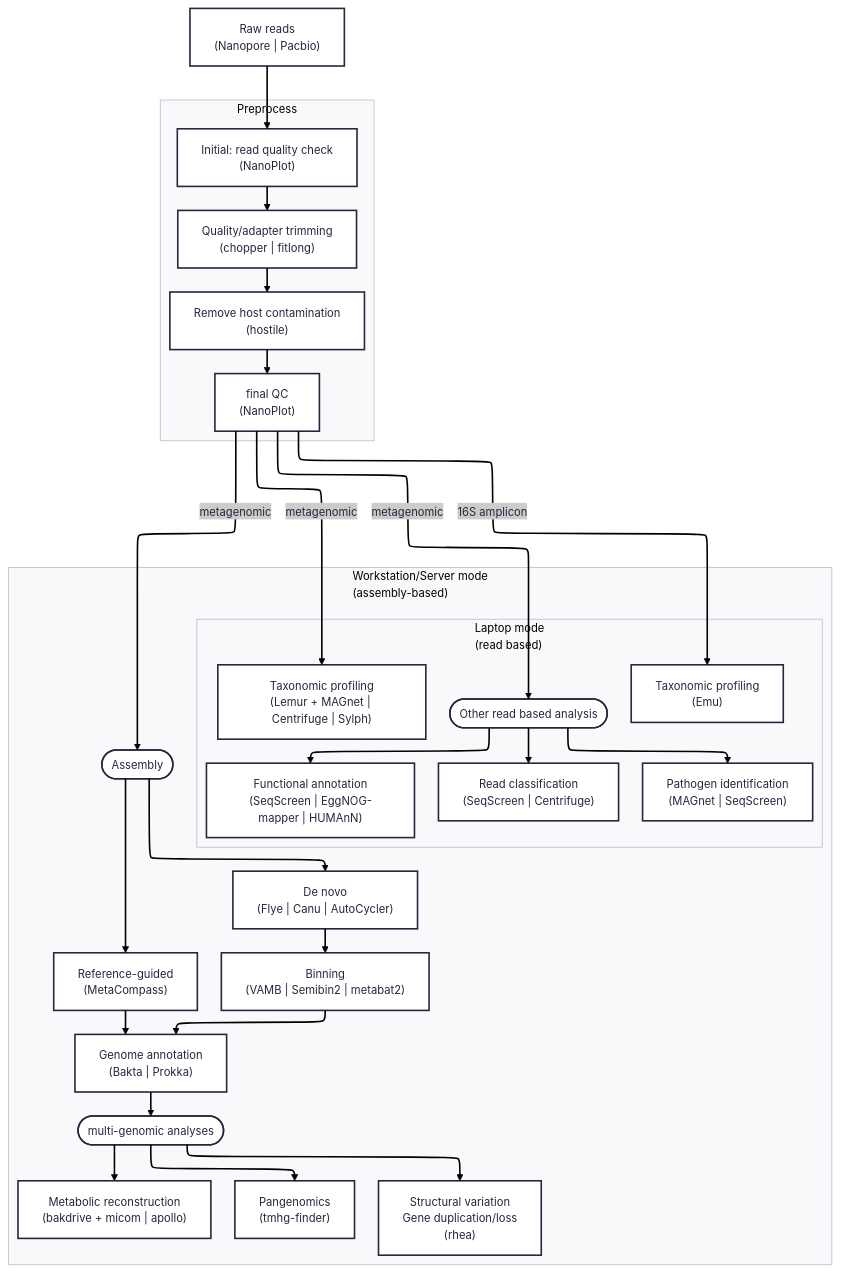
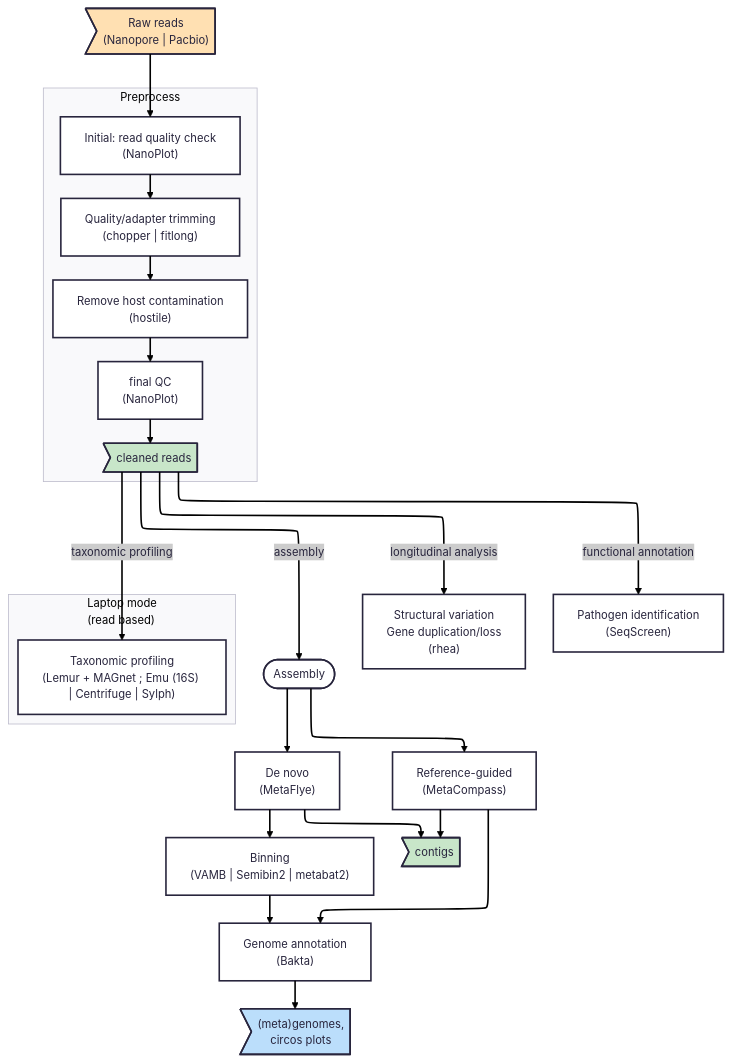
One commit to treangenlab/somatem-docs changed the diagram in flowchart.mmd. Above: the diagram before and after it, drawn with Mermaid. The commit also changed 1 other file, not shown here.

Commit message:
pared down the flowchart into 4 branches: asm, tax-prof, pathogen, longitudinal

```diff
--- a/flowchart.mmd
+++ b/flowchart.mmd
@@ -1,71 +1,80 @@
 ---
 config:
   theme: redux
   look: classic
   layout: elk
 ---
 flowchart TD
 
- rawreads["Raw reads<br>(Nanopore | Pacbio)"] --> initqc
+ rawreads>"Raw reads<br>(Nanopore | Pacbio)"] --> initqc
 
 
  subgraph Preprocess
      direction LR
      initqc["Initial: read quality check<br>(NanoPlot)"]
      trimming["Quality/adapter trimming<br>(chopper | fitlong)"]  
      dehost["Remove host contamination<br>(hostile)"]
      finalqc["final QC<br>(NanoPlot)"]
-     initqc --> trimming --> dehost --> finalqc
+     
+     reads>"cleaned reads"]
+     initqc --> trimming --> dehost --> finalqc --> reads
  end
 
- subgraph Workstation_Mode["Workstation/Server mode<br>(assembly-based)"]
-     assembly(["Assembly"])
-     denovo["De novo<br>(Flye | Canu | AutoCycler)"] --> binning
-     refguided["Reference-guided<br>(MetaCompass)"]
-     binning["Binning<br>(VAMB | Semibin2 | metabat2)"]
-     annotation["Genome annotation<br>(Bakta | Prokka)"]
-     
-     othergenomic(["multi-genomic analyses"])
-     pangenomics["Pangenomics<br>(tmhg-finder)"]
-     genesnp["Structural variation<br> Gene duplication/loss<br>(rhea)"]
-     metabolic["Metabolic reconstruction<br>(bakdrive + micom | apollo)"]
-     
-     assembly --> denovo & refguided
-     binning & refguided --> annotation
-     annotation --> othergenomic
-     othergenomic --> pangenomics & genesnp & metabolic
+ 
+ assembly(["Assembly"])
+ denovo["De novo<br>(MetaFlye)"]
+ refguided["Reference-guided<br>(MetaCompass)"]
+ binning["Binning<br>(VAMB | Semibin2 | metabat2)"]
+ annotation["Genome annotation<br>(Bakta)"]
 
-    subgraph Laptop_Mode["Laptop mode<br>(read based)"]
-     tax16s["Taxonomic profiling<br>(Emu)"]
-          
-     readanalysis(["Other read based analysis"])
-     classification["Read classification<br>(SeqScreen | Centrifuge)"]
-     pathogen["Pathogen identification<br>(MAGnet | SeqScreen)"]
-     functional["Functional annotation<br>(SeqScreen | EggNOG-mapper | HUMAnN)"]
-     
-     taxonomic["Taxonomic profiling<br>(Lemur + MAGnet | Centrifuge | Sylph)"]
+ genesnp["Structural variation<br> Gene duplication/loss<br>(rhea)"]
 
-     readanalysis --> classification & pathogen & functional
-    end
+  %% for future implementation 
+  %% othergenomic(["multi-genomic analyses"])
+  %% pangenomics["Pangenomics<br>(tmhg-finder)"]
+  %% metabolic["Metabolic reconstruction<br>(bakdrive + micom | apollo)"]
+  %% othergenomic --> pangenomics & genesnp & metabolic
+  
+ assembly --> denovo & refguided
+ denovo & refguided --> contigs>"contigs"]
+ denovo --> binning
+ binning & refguided --> annotation
+ annotation --> genome>"(meta)genomes,<br>circos plots"]
 
+ pathogen["Pathogen identification<br>(SeqScreen)"]
+
+ subgraph Laptop_Mode["Laptop mode<br>(read based)"]
+  taxonomic["Taxonomic profiling<br>(Lemur + MAGnet ; Emu (16S) | Centrifuge | Sylph)"]
  end
 
- finalqc --"16S amplicon"--> tax16s
- finalqc --"metagenomic"--> taxonomic & readanalysis
- finalqc --"metagenomic"--> assembly
- 
+ reads --"taxonomic profiling"--> taxonomic  
+ reads --"functional annotation"--> pathogen
+ reads --"assembly"--> assembly
+ reads --"longitudinal analysis"--> genesnp
 
-%% Notes:
+ %%  Co-analysis for higher confidence
+%%  hard to show this even as a sub-graph (distorts the flowchart)
+%%  co-analysis["Co-analysis for higher confidence"] 
+%%  reads & contigs --> co-analysis --> taxonomic & pathogen 
+
+
+%% Style rendering
+    style contigs fill:#C8E6C9
+    style reads fill:#C8E6C9
+    style genome fill:#BBDEFB 
+    style rawreads fill:#FFE0B2
+
+%% Notes: from v1-whiteboard
 %% What could be "Synthetic data" near data types?
 %% Preprocessing: 
 %%   add length to trimming node (length filtering)
 %%   add depth sampling node
 %% Functional annotation:
 %%   SeqScreen et. al. don't work on laptop. Move to workstation mode?
 %%   Rethink functional annotation name to "ARG" and add `AMR++ with the megares 3 db` to it?
 %% Metabolic reconstruction:
 %%   Bakdrive can take in emu output (Austin). Check and include in the flowchart. 
 %% Database: 
 %%   Add node to show databases in a node?
 %%   Bacteria: GTDB, RefSeq, Plasmid/ARG, viral: ..
 %% Final report: Find a way to show the final report in the flowchart?
```
